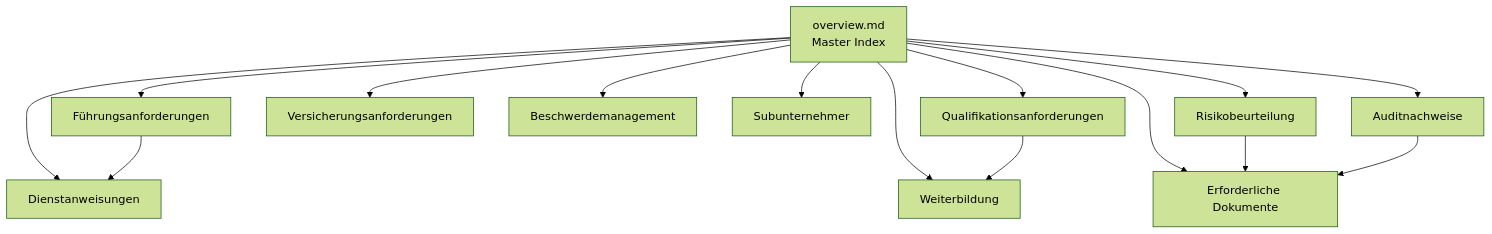
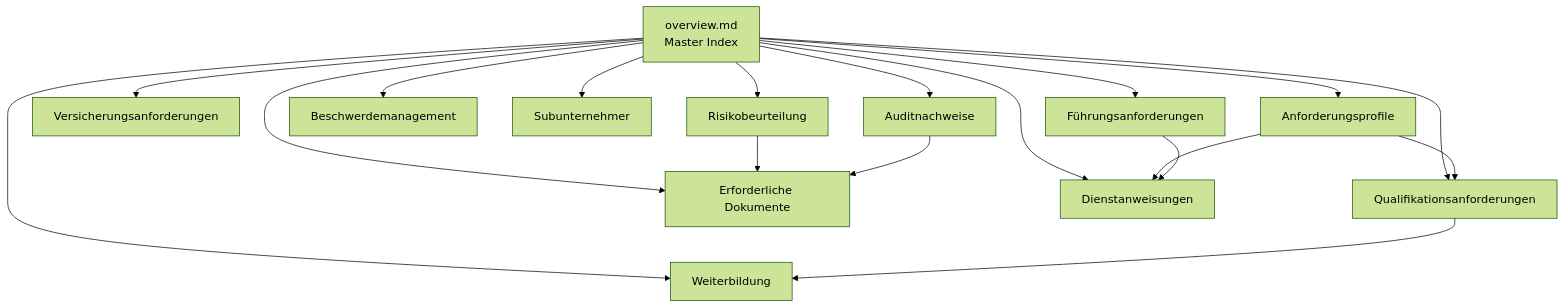
One commit to derbrocken/cert-expert-ai changed the second of 4 diagrams in knowledge/1_standards/DIN 77200-1/overview.md. Above: the diagram before and after it, drawn with Mermaid (forest theme). The commit also changed other lines of this file and 27 other files, not shown here.

````diff
--- a/knowledge/1_standards/DIN 77200-1/overview.md
+++ b/knowledge/1_standards/DIN 77200-1/overview.md
@@ -340,20 +343,23 @@
 ```mermaid
 graph TD
     Hub["overview.md<br/>Master Index"]
 
     Hub --> Leadership["Führungsanforderungen"]
     Hub --> Qualification["Qualifikationsanforderungen"]
     Hub --> Training["Weiterbildung"]
     Hub --> Insurance["Versicherungsanforderungen"]
     Hub --> Documents["Erforderliche Dokumente"]
+    Hub --> Profil["Anforderungsprofile"]
     Hub --> Complaint["Beschwerdemanagement"]
     Hub --> Sub["Subunternehmer"]
     Hub --> Risk["Risikobeurteilung"]
     Hub --> Site["Dienstanweisungen"]
     Hub --> Audit["Auditnachweise"]
 
     Qualification --> Training
+    Profil --> Qualification
+    Profil --> Site
     Leadership --> Site
     Risk --> Documents
     Audit --> Documents
 ```
````
